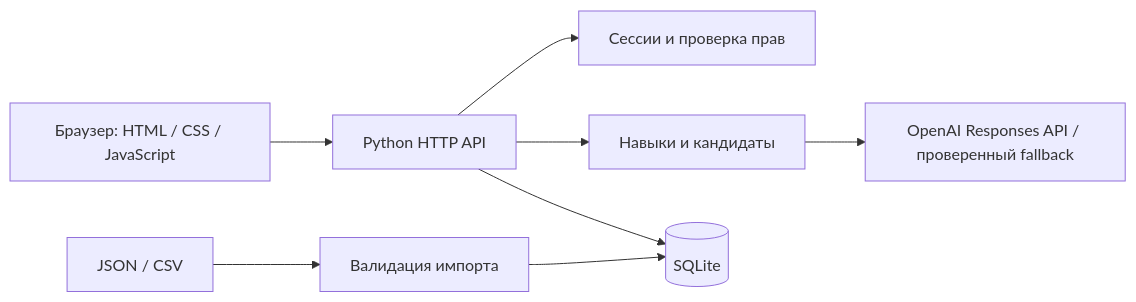
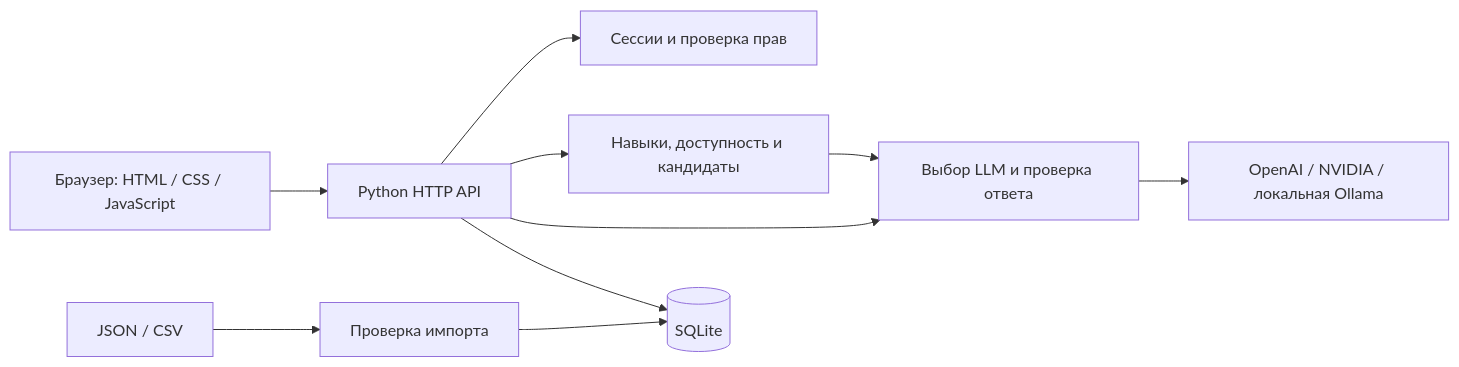
One commit to BAITC-Hacks/hack-176032e6-ggbyte changed the diagram in README.md. Above: the diagram before and after it, drawn with Mermaid. The commit also changed other lines of this file, not shown here.

````diff
--- a/README.md
+++ b/README.md
@@ -207,10 +68,12 @@
 ```mermaid
 flowchart LR
     UI[Браузер: HTML / CSS / JavaScript] --> API[Python HTTP API]
     API --> AUTH[Сессии и проверка прав]
-    API --> ENGINE[Навыки и кандидаты]
-    ENGINE --> AI[OpenAI Responses API / проверенный fallback]
+    API --> ENGINE[Навыки, доступность и кандидаты]
+    API --> AI[Выбор LLM и проверка ответа]
+    ENGINE --> AI
+    AI --> PROVIDER[OpenAI / NVIDIA / локальная Ollama]
     API --> DB[(SQLite)]
-    INPUT[JSON / CSV] --> VALIDATE[Валидация импорта]
+    INPUT[JSON / CSV] --> VALIDATE[Проверка импорта]
     VALIDATE --> DB
 ```
````
